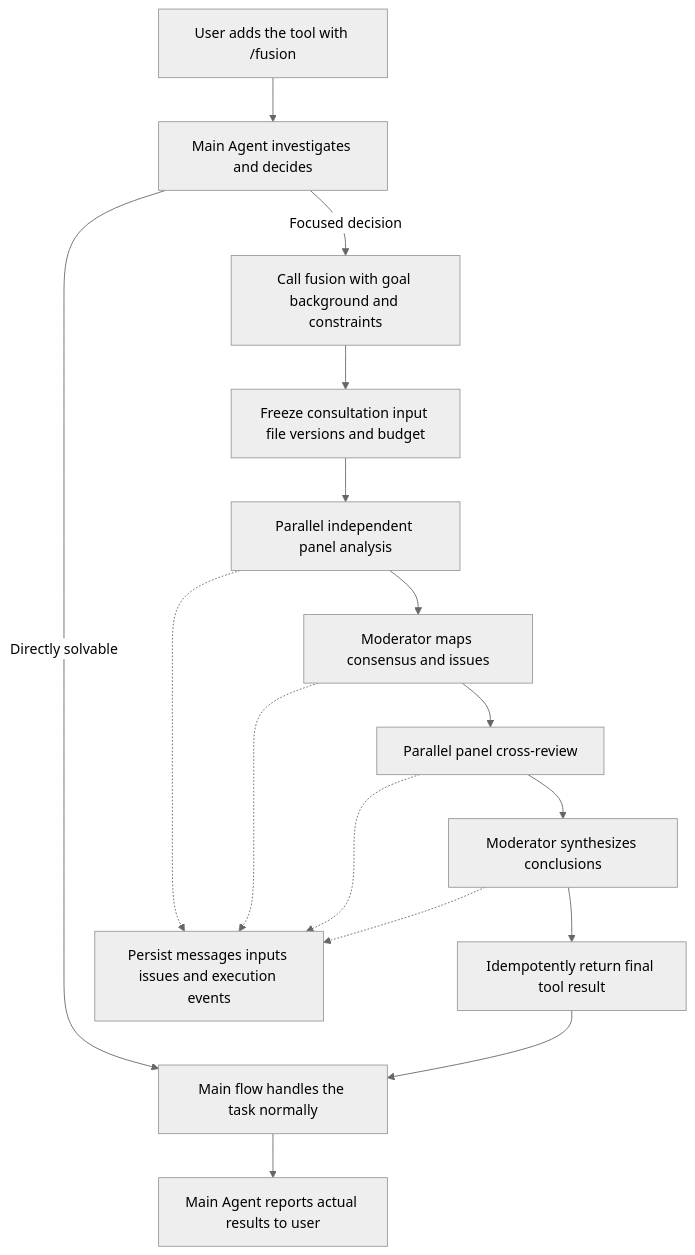
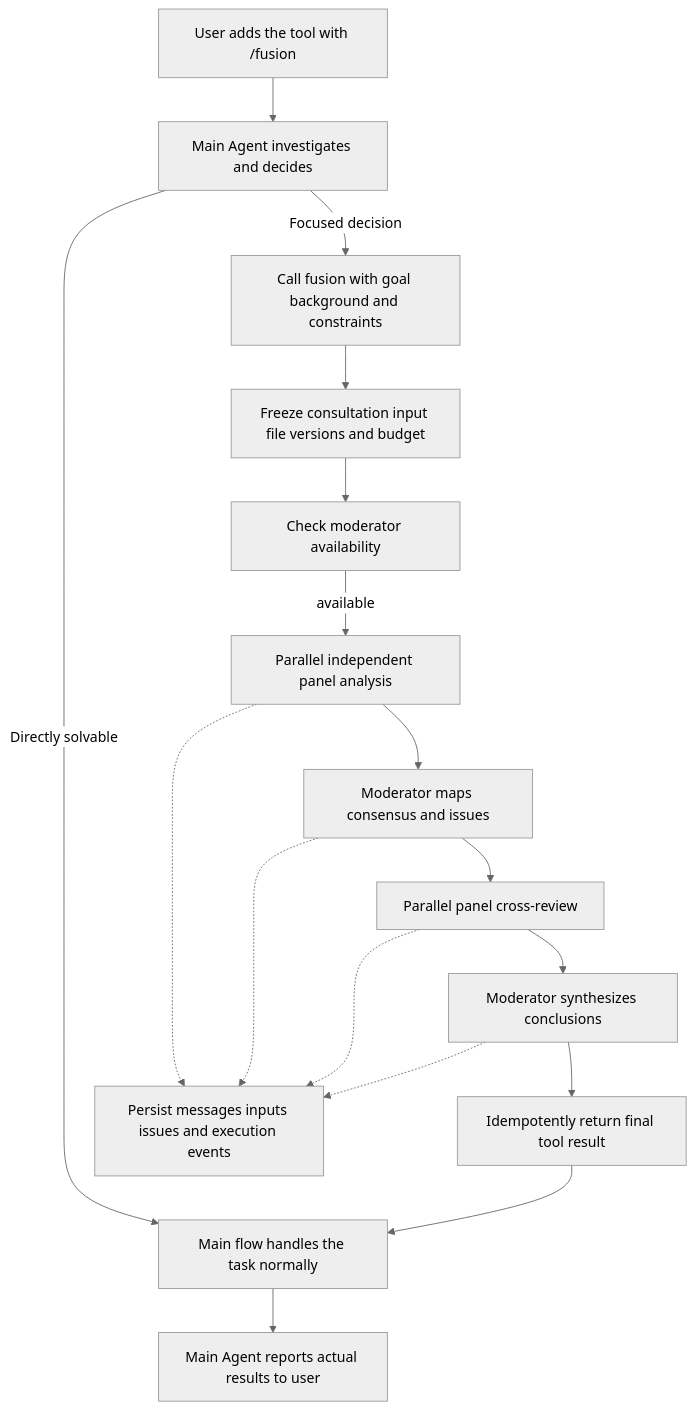
Before and after one commit to futuregene/future-os: the diagram in docs/architecture/fusion.md, drawn with Mermaid (neutral theme). The commit also changed other lines of this file and 21 other files, not shown here.

````diff
--- a/docs/architecture/fusion.md
+++ b/docs/architecture/fusion.md
@@ -131,18 +133,19 @@
 ```mermaid
 flowchart TD
     U[User adds the tool with /fusion] --> O[Main Agent investigates and decides]
     O -->|Directly solvable| E[Main flow handles the task normally]
     O -->|Focused decision| T[Call fusion with goal background and constraints]
     T --> S[Freeze consultation input file versions and budget]
-    S --> A[Parallel independent panel analysis]
+    S --> H[Check moderator availability]
+    H -->|available| A[Parallel independent panel analysis]
     A --> I[Moderator maps consensus and issues]
     I --> R[Parallel panel cross-review]
     R --> F[Moderator synthesizes conclusions]
     F --> P[Idempotently return final tool result]
     P --> E
     E --> Z[Main Agent reports actual results to user]
     A -.-> D[Persist messages inputs issues and execution events]
     I -.-> D
     R -.-> D
     F -.-> D
 ```
````
